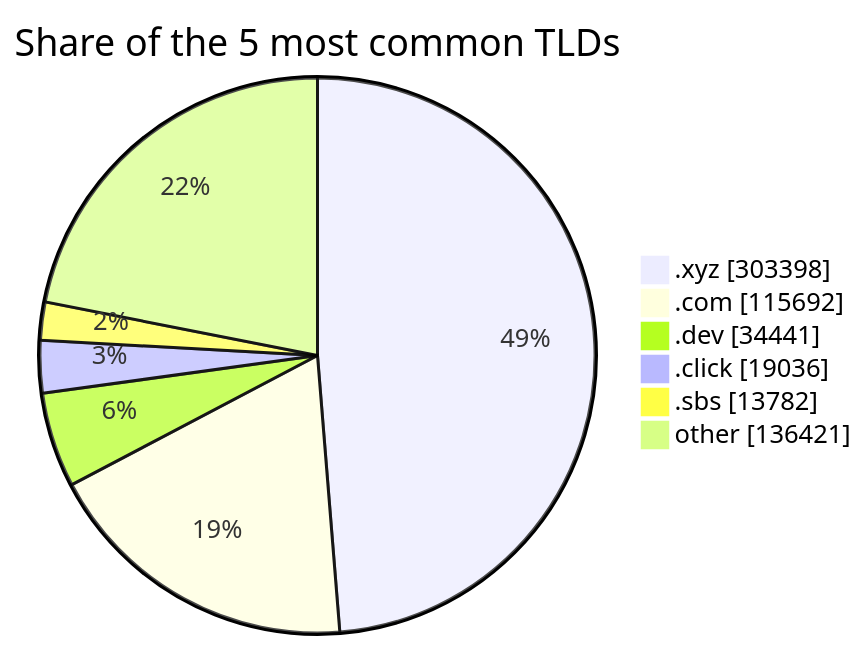
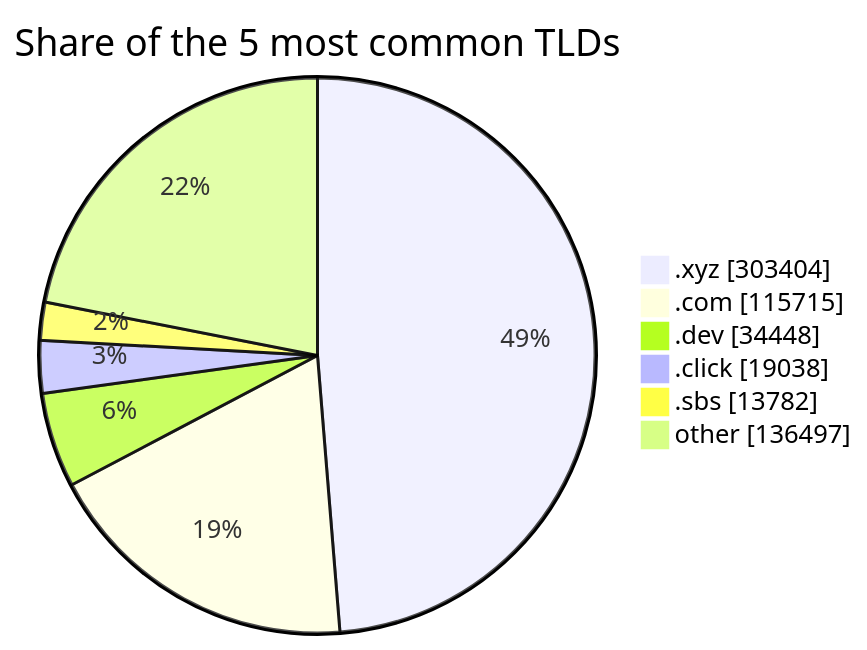
The third of 3 diagrams in README.md (DNSBunker/CTI), drawn with Mermaid before and after one commit. The commit also changed other lines of this file and 3 other files, not shown here.

````diff
--- a/README.md
+++ b/README.md
@@ -81,9 +81,9 @@
 ```mermaid
 pie showData title Share of the 5 most common TLDs
-    ".xyz" : 303398
-    ".com" : 115692
-    ".dev" : 34441
-    ".click" : 19036
+    ".xyz" : 303404
+    ".com" : 115715
+    ".dev" : 34448
+    ".click" : 19038
     ".sbs" : 13782
-    "other" : 136421
+    "other" : 136497
 ```
````
